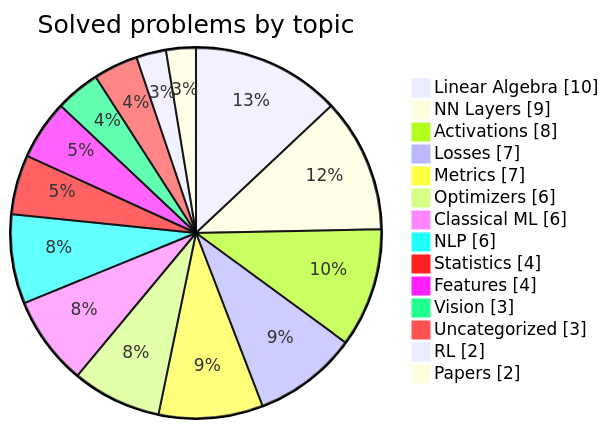
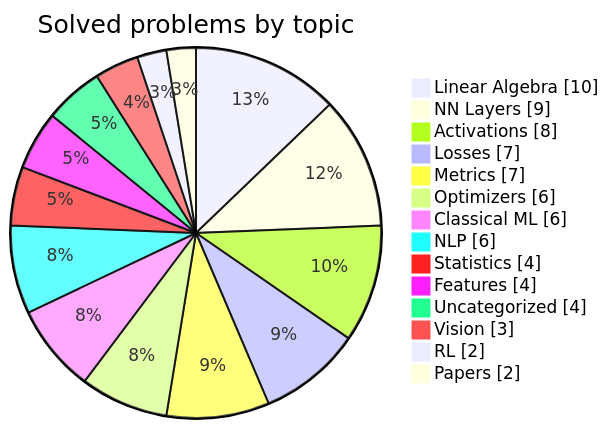
Before and after one commit to HarryTrn/TensorTonic-Solutions: the second of 2 diagrams in README.md, drawn with Mermaid. The commit also changed other lines of this file, not shown here.

````diff
--- a/README.md
+++ b/README.md
@@ -74,18 +74,18 @@
 ```mermaid
 pie showData
     title Solved problems by topic
     "Linear Algebra" : 10
     "NN Layers" : 9
     "Activations" : 8
     "Losses" : 7
     "Metrics" : 7
     "Optimizers" : 6
     "Classical ML" : 6
     "NLP" : 6
     "Statistics" : 4
     "Features" : 4
+    "Uncategorized" : 4
     "Vision" : 3
-    "Uncategorized" : 3
     "RL" : 2
     "Papers" : 2
 ```
````
